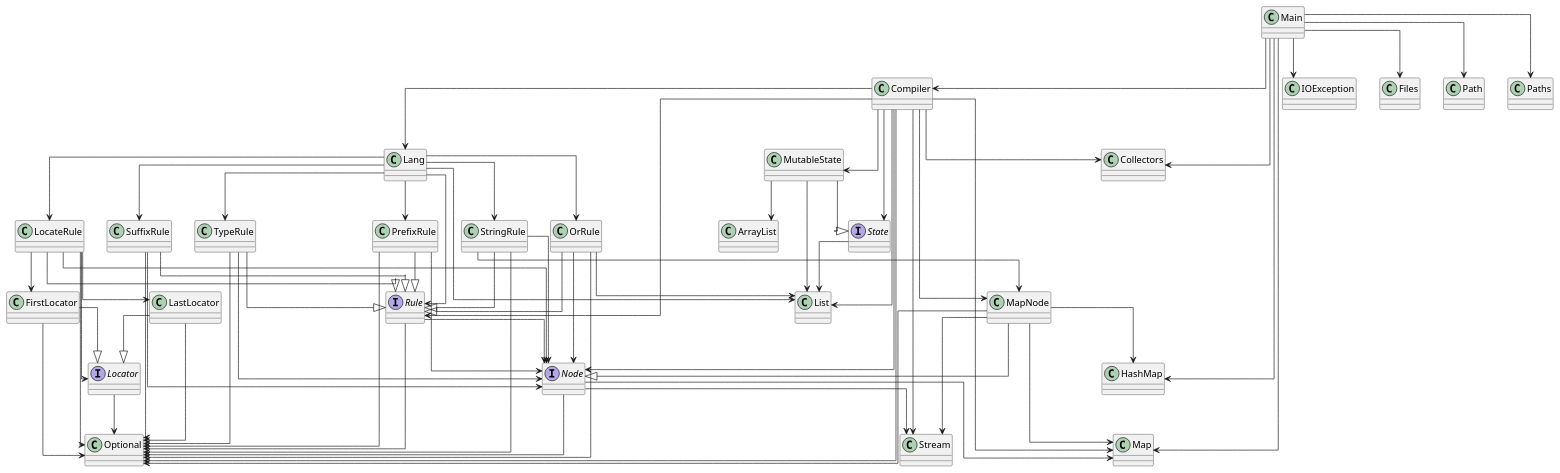
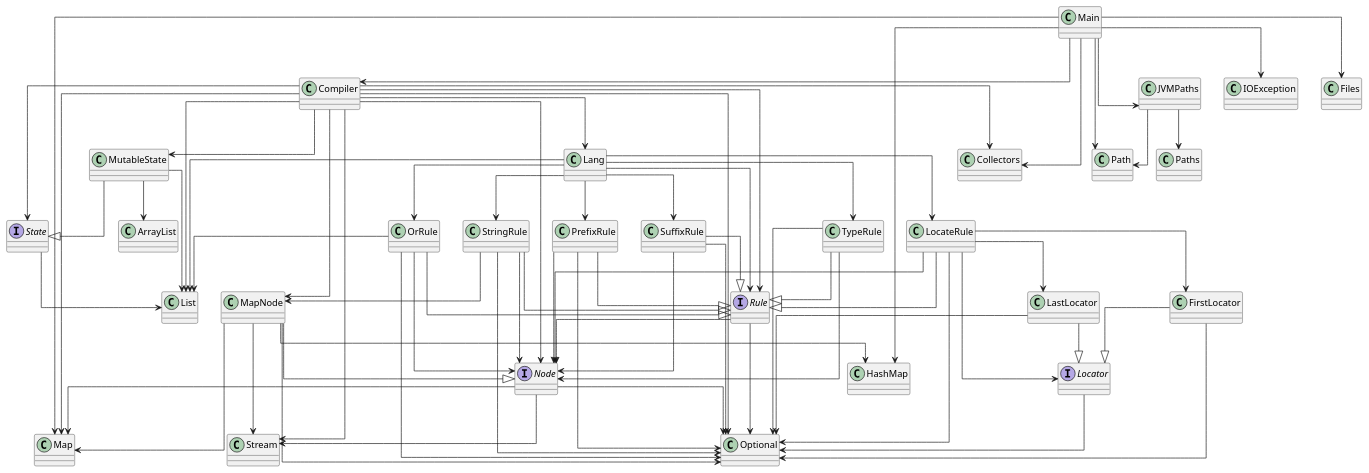
The diagram in diagram.puml (SirMathhman/Magma), drawn with PlantUML before and after one commit. The commit also changed 2 other files, not shown here.

Commit message:
JVMPaths

```diff
--- a/diagram.puml
+++ b/diagram.puml
@@ -1,89 +1,92 @@
 @startuml
 skinparam linetype ortho
 StringRule --> MapNode
 StringRule --> Node
 StringRule --> Optional
 class StringRule
 StringRule --|> Rule
 PrefixRule --> Node
 PrefixRule --> Optional
 class PrefixRule
 PrefixRule --|> Rule
 Compiler --> Lang
 Compiler --> MutableState
 Compiler --> State
 Compiler --> MapNode
 Compiler --> Node
 Compiler --> Rule
 Compiler --> List
 Compiler --> Map
 Compiler --> Optional
 Compiler --> Collectors
 Compiler --> Stream
 class Compiler
 LastLocator --> Optional
 class LastLocator
 LastLocator --|> Locator
 OrRule --> Node
 OrRule --> List
 OrRule --> Optional
 class OrRule
 OrRule --|> Rule
+JVMPaths --> Path
+JVMPaths --> Paths
+class JVMPaths
 Node --> Map
 Node --> Optional
 Node --> Stream
 interface Node
 Lang --> LocateRule
 Lang --> OrRule
 Lang --> PrefixRule
 Lang --> Rule
 Lang --> StringRule
 Lang --> SuffixRule
 Lang --> TypeRule
 Lang --> List
 class Lang
 MapNode --> HashMap
 MapNode --> Map
 MapNode --> Optional
 MapNode --> Stream
 class MapNode
 MapNode --|> Node
 Locator --> Optional
 interface Locator
 MutableState --> ArrayList
 MutableState --> List
 class MutableState
 MutableState --|> State
 SuffixRule --> Node
 SuffixRule --> Optional
 class SuffixRule
 SuffixRule --|> Rule
 State --> List
 interface State
 FirstLocator --> Optional
 class FirstLocator
 FirstLocator --|> Locator
 Rule --> Node
 Rule --> Optional
 interface Rule
 LocateRule --> FirstLocator
 LocateRule --> LastLocator
 LocateRule --> Locator
 LocateRule --> Node
 LocateRule --> Optional
 class LocateRule
 LocateRule --|> Rule
 Main --> Compiler
+Main --> JVMPaths
 Main --> IOException
 Main --> Files
 Main --> Path
-Main --> Paths
 Main --> HashMap
 Main --> Map
 Main --> Collectors
 class Main
 TypeRule --> Node
 TypeRule --> Optional
 class TypeRule
 TypeRule --|> Rule
 @enduml
```
